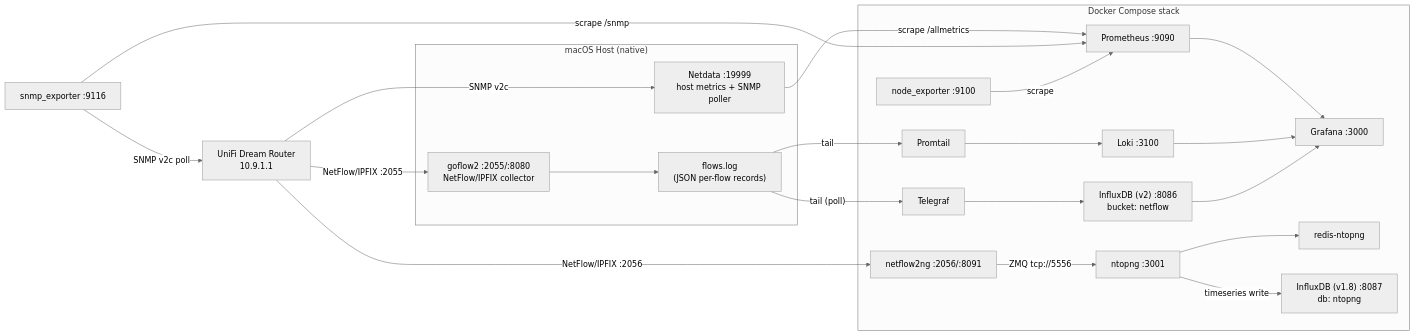
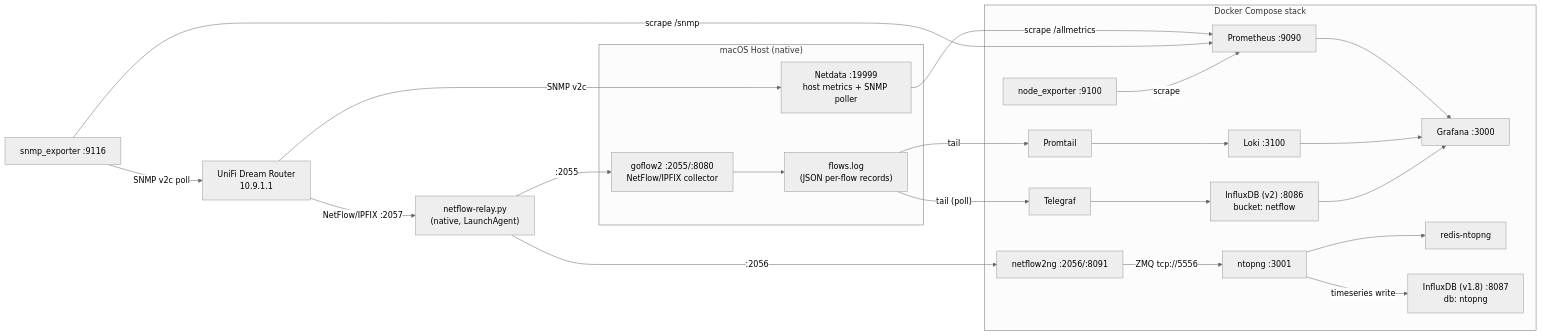
One commit to fabiano-mira/docker-monitoring changed the diagram in README.md. Above: the diagram before and after it, drawn with Mermaid (neutral theme). The commit also changed other lines of this file and 3 other files, not shown here.

First line of the commit message:
Add ntopng Grafana dashboard and NetFlow relay for dual-consumer export

````diff
--- a/README.md
+++ b/README.md
@@ -7,41 +7,42 @@
 ```mermaid
 flowchart LR
   subgraph Host["macOS Host (native)"]
     Netdata["Netdata :19999<br/>host metrics + SNMP poller"]
     goflow2["goflow2 :2055/:8080<br/>NetFlow/IPFIX collector"]
     FlowLog["flows.log<br/>(JSON per-flow records)"]
     goflow2 --> FlowLog
   end
 
   Router["UniFi Dream Router<br/>10.9.1.1"] -- "SNMP v2c" --> Netdata
-  Router -- "NetFlow/IPFIX :2055" --> goflow2
-  Router -- "NetFlow/IPFIX :2056" --> netflow2ng
+  Router -- "NetFlow/IPFIX :2057" --> Relay["netflow-relay.py<br/>(native, LaunchAgent)"]
+  Relay -- ":2055" --> goflow2
+  Relay -- ":2056" --> netflow2ng
   SNMPExp["snmp_exporter :9116"] -- "SNMP v2c poll" --> Router
 
   subgraph Docker["Docker Compose stack"]
     Prometheus["Prometheus :9090"]
     Grafana["Grafana :3000"]
     Loki["Loki :3100"]
     Promtail["Promtail"]
     InfluxDB["InfluxDB (v2) :8086<br/>bucket: netflow"]
     Telegraf["Telegraf"]
     NodeExp["node_exporter :9100"]
     netflow2ng["netflow2ng :2056/:8091"]
     ntopng["ntopng :3001"]
     RedisNtopng["redis-ntopng"]
     InfluxNtopng["InfluxDB (v1.8) :8087<br/>db: ntopng"]
   end
 
   Netdata -- "scrape /allmetrics" --> Prometheus
   SNMPExp -- "scrape /snmp" --> Prometheus
   NodeExp -- "scrape" --> Prometheus
   FlowLog -- "tail" --> Promtail --> Loki
   FlowLog -- "tail (poll)" --> Telegraf --> InfluxDB
   netflow2ng -- "ZMQ tcp://5556" --> ntopng
   ntopng --> RedisNtopng
   ntopng -- "timeseries write" --> InfluxNtopng
 
   Prometheus --> Grafana
   Loki --> Grafana
   InfluxDB --> Grafana
 ```
````
